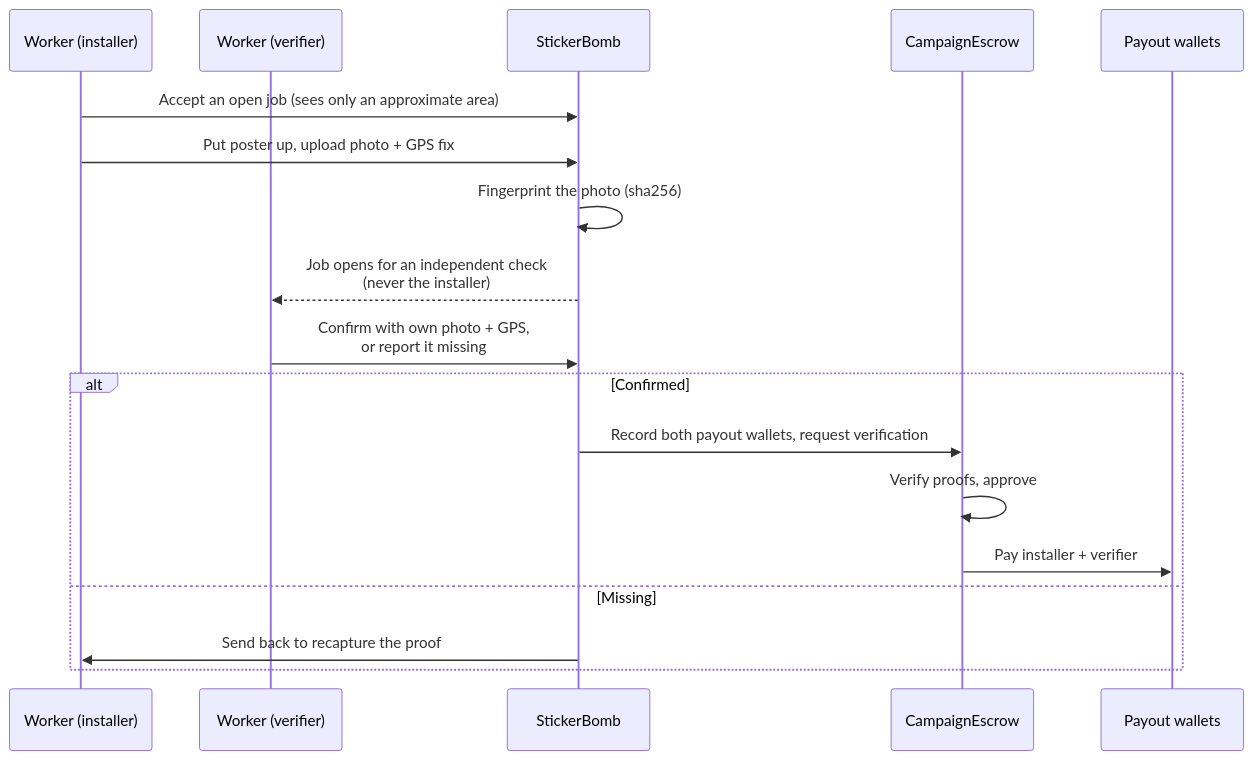
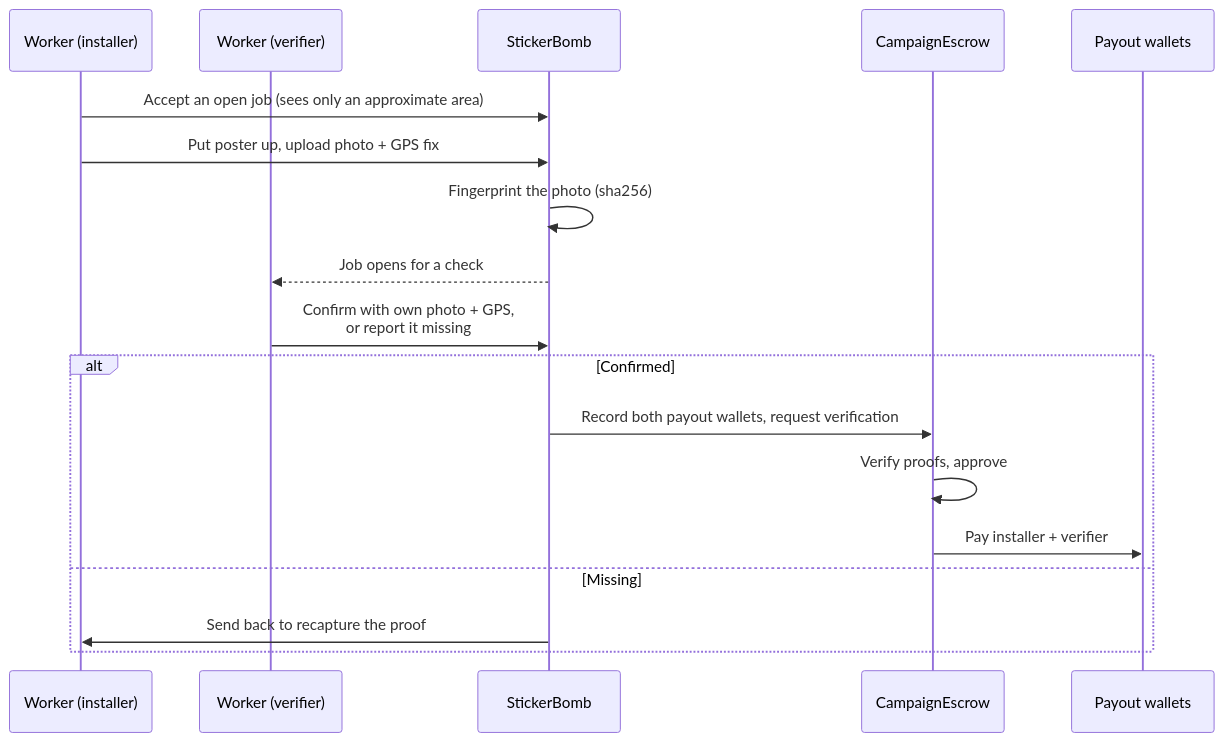
The third of 3 diagrams in README.md (harshalbhangale/ethonline2026), drawn with Mermaid before and after one commit. The commit also changed other lines of this file, not shown here.

````diff
--- a/README.md
+++ b/README.md
@@ -72,21 +75,21 @@
 ```mermaid
 sequenceDiagram
     participant W1 as Worker (installer)
     participant W2 as Worker (verifier)
     participant App as StickerBomb
     participant E as CampaignEscrow
     participant Wallets as Payout wallets
 
     W1->>App: Accept an open job (sees only an approximate area)
     W1->>App: Put poster up, upload photo + GPS fix
     App->>App: Fingerprint the photo (sha256)
-    App-->>W2: Job opens for an independent check<br/>(never the installer)
+    App-->>W2: Job opens for a check
     W2->>App: Confirm with own photo + GPS,<br/>or report it missing
     alt Confirmed
         App->>E: Record both payout wallets, request verification
         E->>E: Verify proofs, approve
         E->>Wallets: Pay installer + verifier
     else Missing
         App->>W1: Send back to recapture the proof
     end
 ```
````
